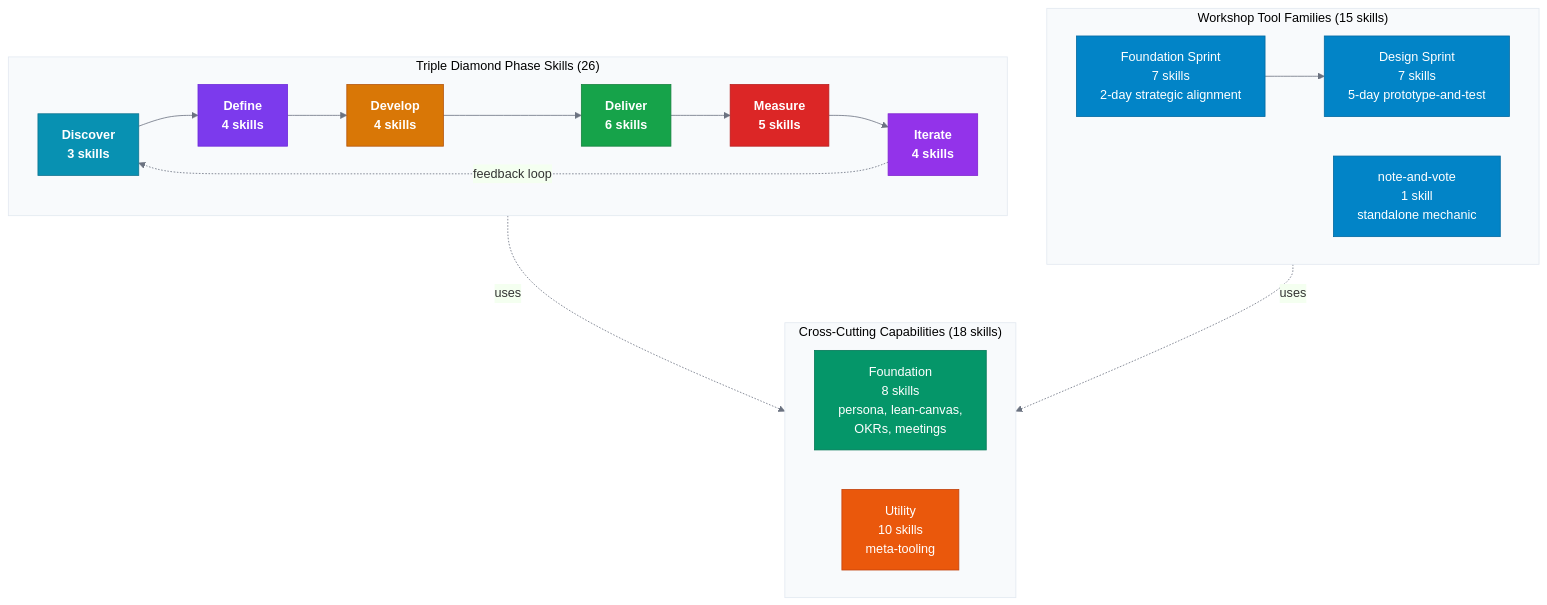
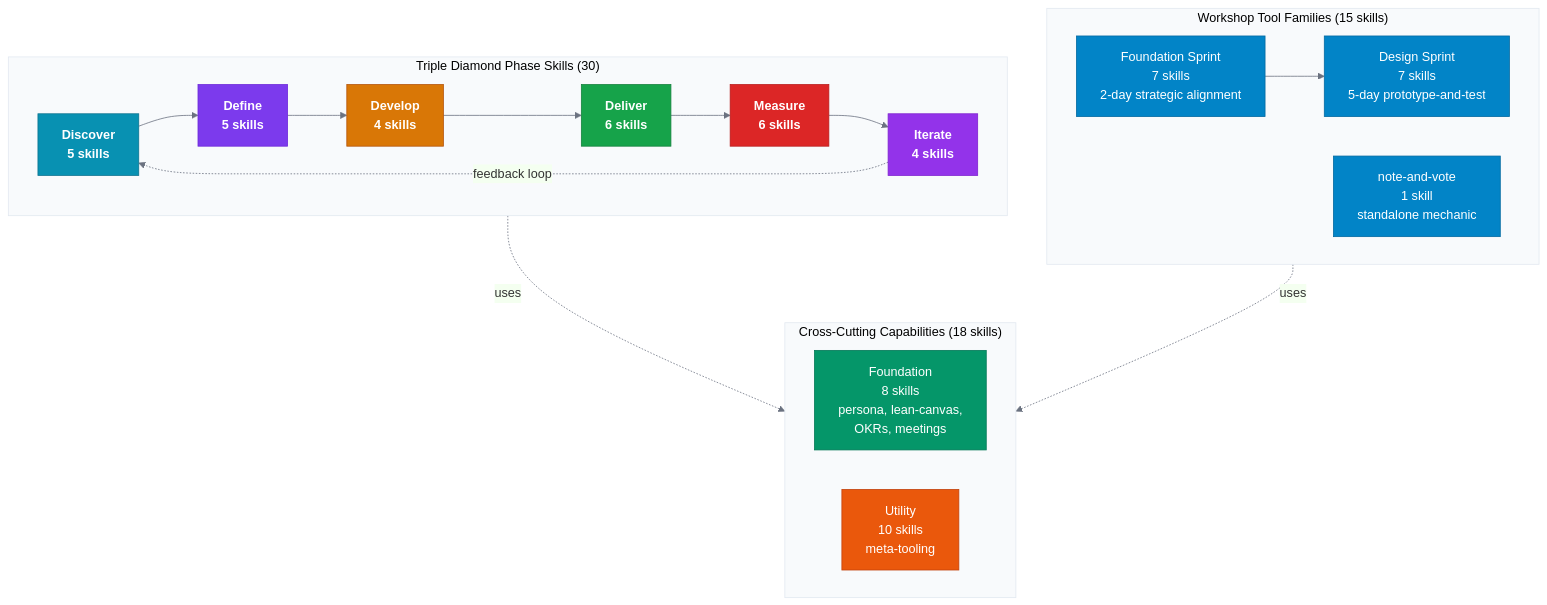
One commit to product-on-purpose/pm-skills changed the third of 6 diagrams in README.md. Above: the diagram before and after it, drawn with Mermaid. The commit also changed other lines of this file and 60 other files, not shown here.

````diff
--- a/README.md
+++ b/README.md
@@ -496,43 +496,43 @@
 ```mermaid
 %%{init: {'theme': 'base', 'themeVariables': {'primaryColor': '#f0f4ff', 'primaryBorderColor': '#c7d2fe', 'lineColor': '#6b7280', 'clusterBkg': '#f8fafc', 'clusterBorder': '#e2e8f0'}}}%%
 flowchart TB
     classDef discover fill:#0891b2,stroke:#0e7490,color:#fff,font-weight:bold
     classDef define fill:#7c3aed,stroke:#6d28d9,color:#fff,font-weight:bold
     classDef develop fill:#d97706,stroke:#b45309,color:#fff,font-weight:bold
     classDef deliver fill:#16a34a,stroke:#15803d,color:#fff,font-weight:bold
     classDef measure fill:#dc2626,stroke:#b91c1c,color:#fff,font-weight:bold
     classDef iterate fill:#9333ea,stroke:#7e22ce,color:#fff,font-weight:bold
     classDef tool fill:#0284c7,stroke:#0369a1,color:#fff
     classDef foundation fill:#059669,stroke:#047857,color:#fff
     classDef utility fill:#ea580c,stroke:#c2410c,color:#fff
 
-    subgraph PHASE["Triple Diamond Phase Skills (26)"]
+    subgraph PHASE["Triple Diamond Phase Skills (30)"]
         direction LR
-        DI["Discover<br/>3 skills"]:::discover
-        DE["Define<br/>4 skills"]:::define
+        DI["Discover<br/>5 skills"]:::discover
+        DE["Define<br/>5 skills"]:::define
         DEV["Develop<br/>4 skills"]:::develop
         DEL["Deliver<br/>6 skills"]:::deliver
-        ME["Measure<br/>5 skills"]:::measure
+        ME["Measure<br/>6 skills"]:::measure
         IT["Iterate<br/>4 skills"]:::iterate
 
         DI --> DE --> DEV --> DEL --> ME --> IT
         IT -."feedback loop".-> DI
     end
 
     subgraph WORKSHOP["Workshop Tool Families (15 skills)"]
         direction LR
         FS["Foundation Sprint<br/>7 skills<br/>2-day strategic alignment"]:::tool
         DS["Design Sprint<br/>7 skills<br/>5-day prototype-and-test"]:::tool
         NV["note-and-vote<br/>1 skill<br/>standalone mechanic"]:::tool
         FS --> DS
     end
 
     subgraph SUPPORT["Cross-Cutting Capabilities (18 skills)"]
         direction LR
         FOUND["Foundation<br/>8 skills<br/>persona, lean-canvas,<br/>OKRs, meetings"]:::foundation
         UTIL["Utility<br/>10 skills<br/>meta-tooling"]:::utility
     end
 
     PHASE -.uses.-> SUPPORT
     WORKSHOP -.uses.-> SUPPORT
 ```
````
